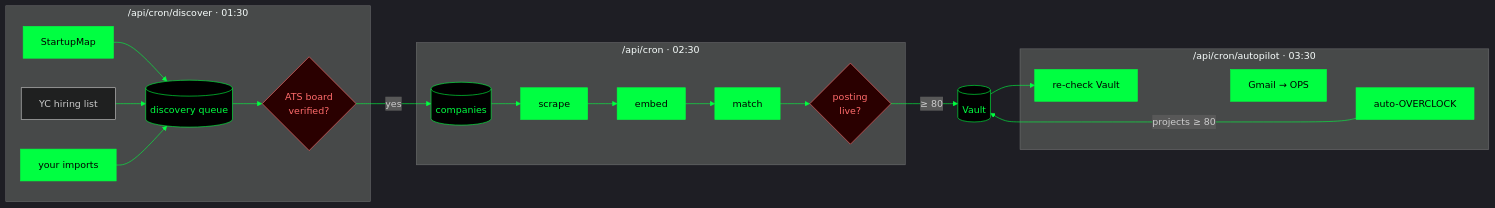
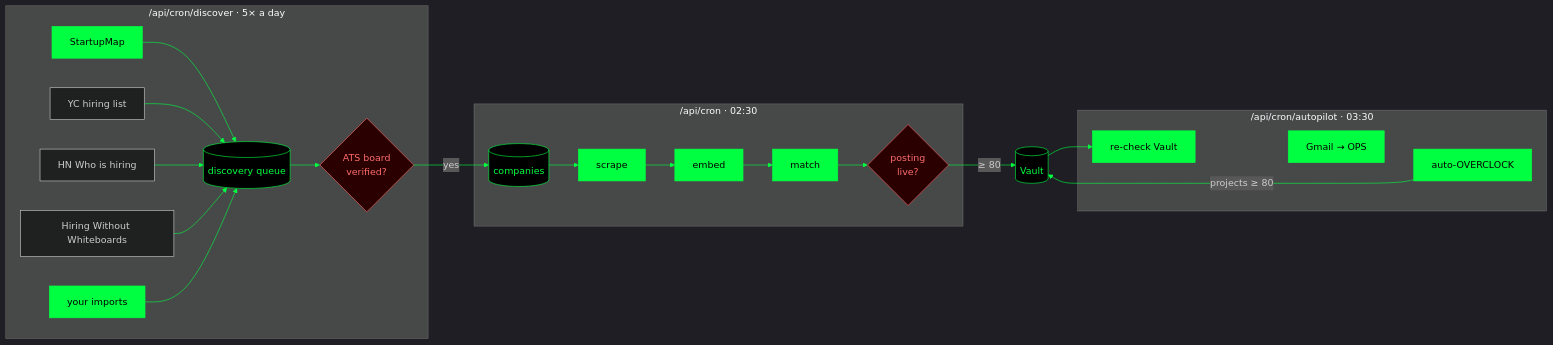
The diagram in README.md (SHAILESH-RS-UPADHYAY/radar), drawn with Mermaid before and after one commit. The commit also changed 8 other files, not shown here.

Commit message:
feat: discover startups from HN and Hiring Without Whiteboards, verify guessed ATS boards

````diff
--- a/README.md
+++ b/README.md
@@ -170,26 +170,28 @@
 ```mermaid
 %%{init: {'theme': 'dark', 'themeVariables': {'lineColor': '#00ff41', 'fontFamily': 'monospace'}}}%%
 flowchart LR
-  subgraph D["/api/cron/discover · 01:30"]
+  subgraph D["/api/cron/discover · 5× a day"]
     SM["StartupMap"] --> Q[("discovery queue")]
     YC["YC hiring list"] --> Q
+    HN["HN Who is hiring"] --> Q
+    HW["Hiring Without Whiteboards"] --> Q
     IM["your imports"] --> Q
     Q --> FB{"ATS board<br/>verified?"}
   end
   FB -- yes --> CO[("companies")]
   subgraph P["/api/cron · 02:30"]
     CO --> SC["scrape"] --> EM["embed"] --> MA["match"] --> GT{"posting<br/>live?"}
   end
   GT -- "≥ 80" --> VA[("Vault")]
   subgraph A["/api/cron/autopilot · 03:30"]
     RV["re-check Vault"] ~~~ GM["Gmail → OPS"] ~~~ OC["auto-OVERCLOCK"]
   end
   VA --> RV
   OC -- "projects ≥ 80" --> VA
   classDef act fill:#00ff41,color:#000,stroke:#00ff41
   classDef store fill:#000,color:#00ff41,stroke:#00ff41
   classDef gate fill:#2a0000,color:#ff6b6b,stroke:#ff6b6b
   class SM,IM,SC,EM,MA,RV,GM,OC act
   class Q,CO,VA store
   class FB,GT gate
 ```
````
